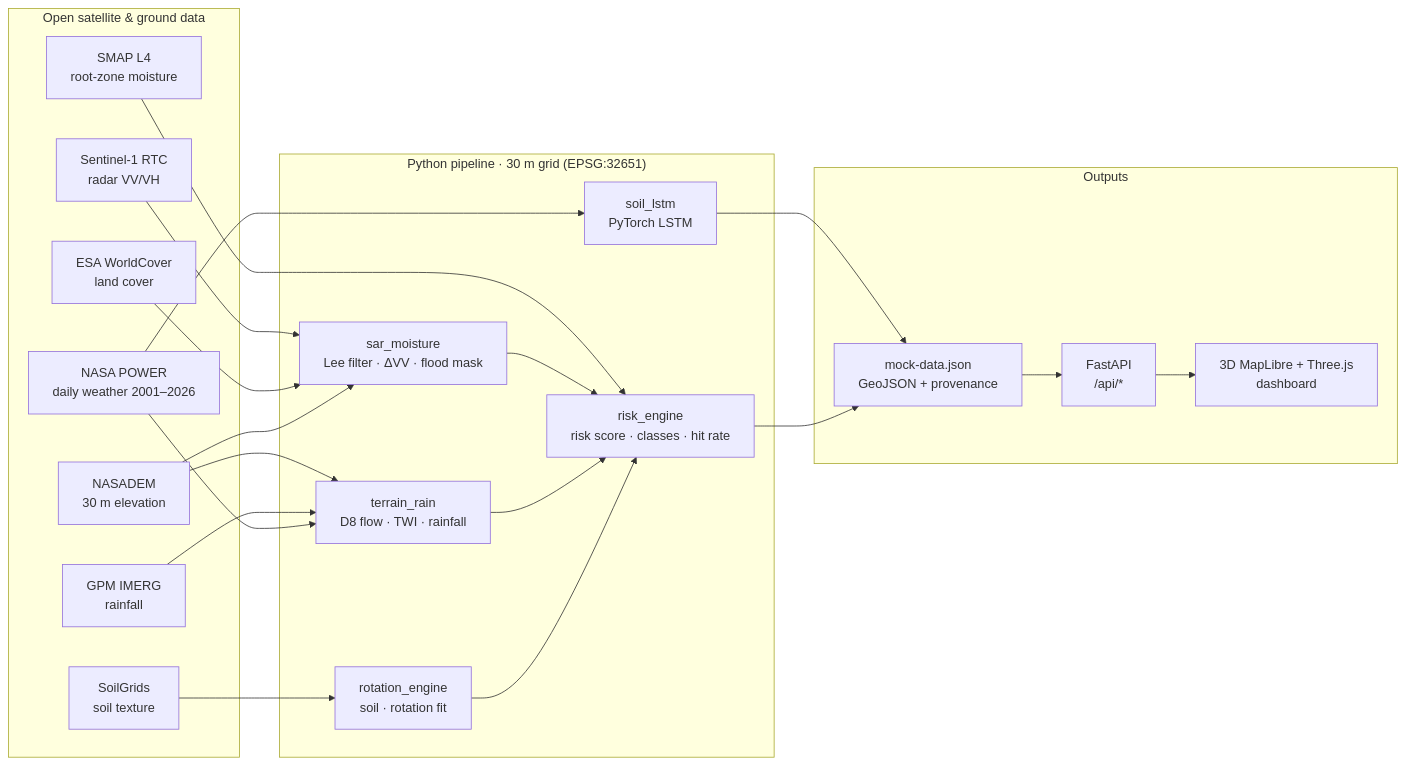
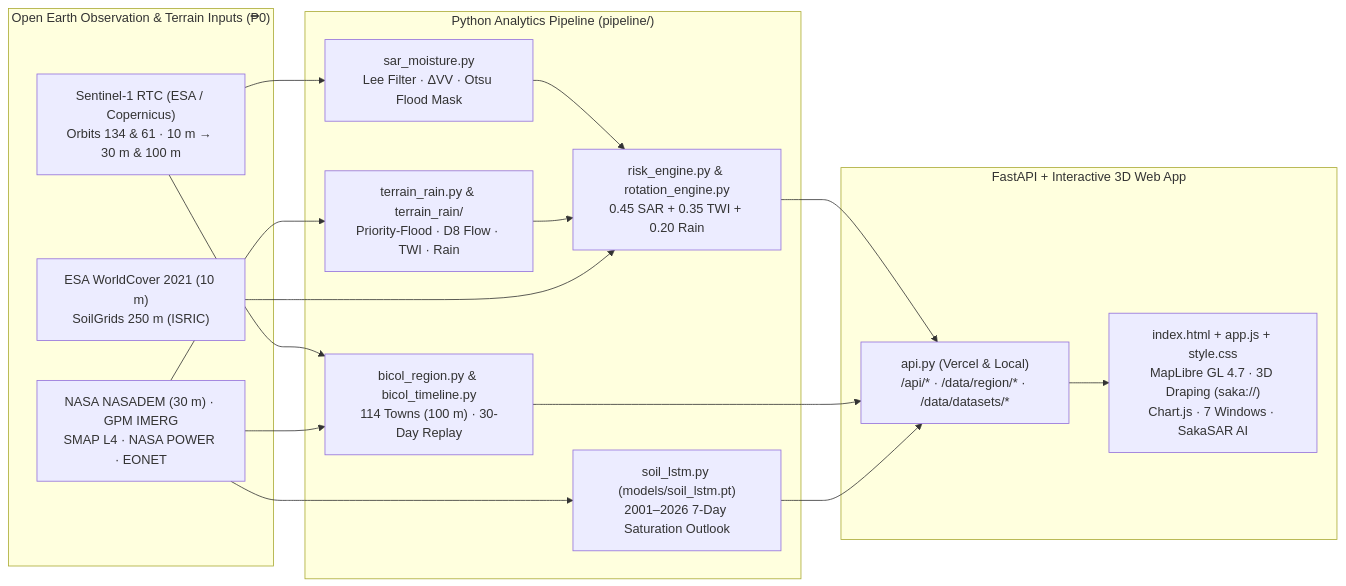
Before and after one commit to venstqs/SakaSAR---NASA-Space-Apps-Challenge: the diagram in README.md, drawn with Mermaid. The commit also changed other lines of this file and 22 other files, not shown here.

````diff
--- a/README.md
+++ b/README.md
@@ -99,43 +134,32 @@
 ```mermaid
 flowchart LR
-    subgraph DATA["Open satellite & ground data"]
-        S1["Sentinel-1 RTC<br/>radar VV/VH"]
-        DEM["NASADEM<br/>30 m elevation"]
-        IM["GPM IMERG<br/>rainfall"]
-        SMAP["SMAP L4<br/>root-zone moisture"]
-        POW["NASA POWER<br/>daily weather 2001–2026"]
-        SG["SoilGrids<br/>soil texture"]
-        WC["ESA WorldCover<br/>land cover"]
-    end
+  subgraph Sources["Open Earth Observation & Terrain Inputs (₱0)"]
+    S1["Sentinel-1 RTC (ESA / Copernicus)\nOrbits 134 & 61 · 10 m → 30 m & 100 m"]
+    NASA["NASA NASADEM (30 m) · GPM IMERG\nSMAP L4 · NASA POWER · EONET"]
+    AUX["ESA WorldCover 2021 (10 m)\nSoilGrids 250 m (ISRIC)"]
+  end
 
-    subgraph PIPE["Python pipeline · 30 m grid (EPSG:32651)"]
-        SAR["sar_moisture<br/>Lee filter · ΔVV · flood mask"]
-        TER["terrain_rain<br/>D8 flow · TWI · rainfall"]
-        RISK["risk_engine<br/>risk score · classes · hit rate"]
-        ROT["rotation_engine<br/>soil · rotation fit"]
-        LSTM["soil_lstm<br/>PyTorch LSTM"]
-    end
+  subgraph Pipeline["Python Analytics Pipeline (pipeline/)"]
+    SAR["sar_moisture.py\nLee Filter · ΔVV · Otsu Flood Mask"]
+    HYD["terrain_rain.py & terrain_rain/\nPriority-Flood · D8 Flow · TWI · Rain"]
+    FUS["risk_engine.py & rotation_engine.py\n0.45 SAR + 0.35 TWI + 0.20 Rain"]
+    REG["bicol_region.py & bicol_timeline.py\n114 Towns (100 m) · 30-Day Replay"]
+    LSTM["soil_lstm.py (models/soil_lstm.pt)\n2001–2026 7-Day Saturation Outlook"]
+  end
 
-    subgraph OUT["Outputs"]
-        JSON["mock-data.json<br/>GeoJSON + provenance"]
-        API["FastAPI<br/>/api/*"]
-        UI["3D MapLibre + Three.js<br/>dashboard"]
-    end
+  subgraph Serve["FastAPI + Interactive 3D Web App"]
+    API["api.py (Vercel & Local)\n/api/* · /data/region/* · /data/datasets/*"]
+    UI["index.html + app.js + style.css\nMapLibre GL 4.7 · 3D Draping (saka://)\nChart.js · 7 Windows · SakaSAR AI"]
+  end
 
-    S1 --> SAR
-    WC --> SAR
-    DEM --> SAR
-    DEM --> TER
-    IM --> TER
-    POW --> TER
-    SMAP --> RISK
-    SG --> ROT
-    POW --> LSTM
-    SAR --> RISK
-    TER --> RISK
-    ROT --> RISK
-    LSTM --> JSON
-    RISK --> JSON
-    JSON --> API
-    API --> UI
+  S1 --> SAR --> FUS
+  NASA --> HYD --> FUS
+  AUX --> FUS
+  S1 --> REG
+  NASA --> REG
+  NASA --> LSTM
+  FUS --> API
+  REG --> API
+  LSTM --> API
+  API --> UI
 ```
````
